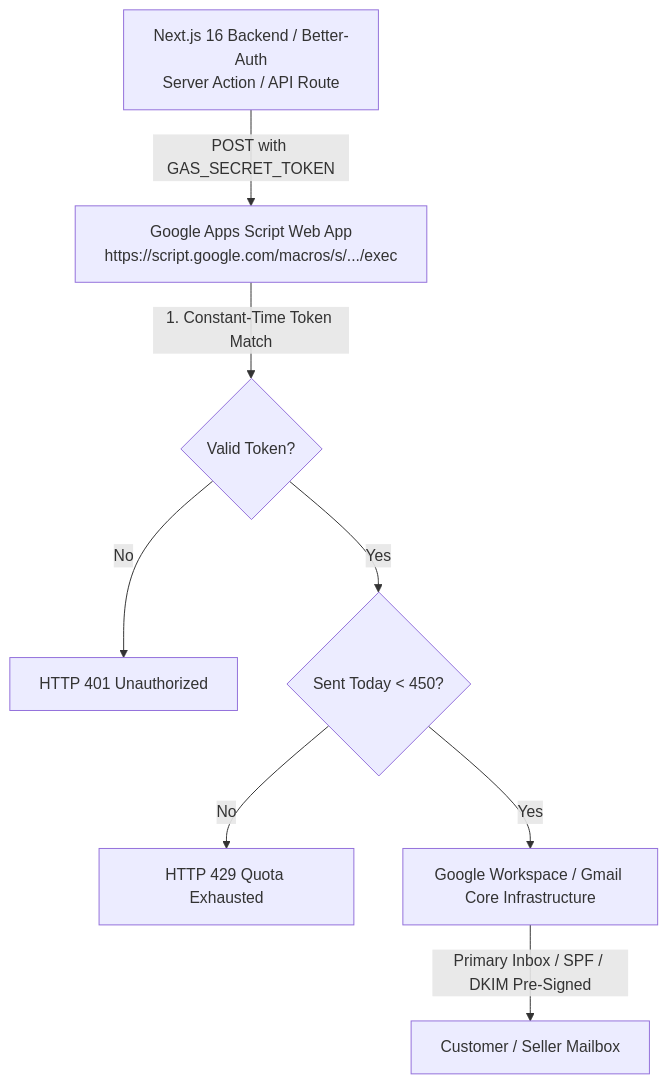
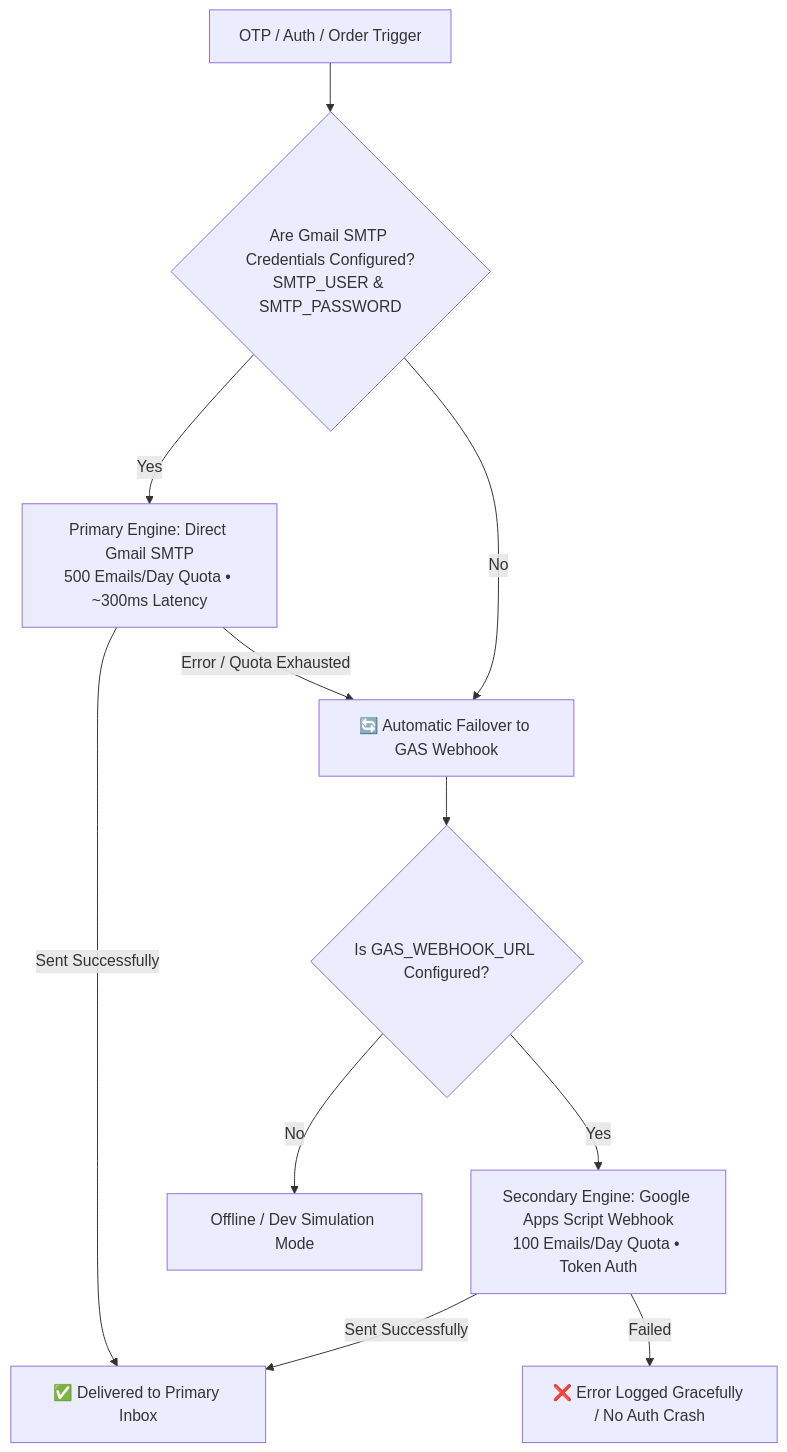
Before and after one commit to PrivMITLab/aalm-vastralay: the diagram in docs/GAS_MAILER.md, drawn with Mermaid. The commit also changed other lines of this file and 4 other files, not shown here.

Commit message:
feat(email): add dual hybrid gmail smtp and gas fallback engine

````diff
--- a/docs/GAS_MAILER.md
+++ b/docs/GAS_MAILER.md
@@ -12,10 +12,13 @@
 ```mermaid
 flowchart TD
-    NextApp[Next.js 16 Backend / Better-Auth\nServer Action / API Route] -->|POST with GAS_SECRET_TOKEN| GASWebhook[Google Apps Script Web App\nhttps://script.google.com/macros/s/.../exec]
-    GASWebhook -->|1. Constant-Time Token Match| AuthCheck{Valid Token?}
-    AuthCheck -- No --> Reject[HTTP 401 Unauthorized]
-    AuthCheck -- Yes --> QuotaCheck{Sent Today < 450?}
-    QuotaCheck -- No --> CircuitBreak[HTTP 429 Quota Exhausted]
-    QuotaCheck -- Yes --> GmailAPI[Google Workspace / Gmail Core Infrastructure]
-    GmailAPI -->|Primary Inbox / SPF / DKIM Pre-Signed| Buyer[Customer / Seller Mailbox]
+    Trigger[OTP / Auth / Order Trigger] --> CheckSMTP{Are Gmail SMTP Credentials Configured?\nSMTP_USER & SMTP_PASSWORD}
+    CheckSMTP -- Yes --> TrySMTP[Primary Engine: Direct Gmail SMTP\n500 Emails/Day Quota • ~300ms Latency]
+    TrySMTP -- Sent Successfully --> Success[✅ Delivered to Primary Inbox]
+    TrySMTP -- Error / Quota Exhausted --> FallbackGAS[🔄 Automatic Failover to GAS Webhook]
+    CheckSMTP -- No --> FallbackGAS
+    FallbackGAS --> CheckGAS{Is GAS_WEBHOOK_URL Configured?}
+    CheckGAS -- Yes --> TryGAS[Secondary Engine: Google Apps Script Webhook\n100 Emails/Day Quota • Token Auth]
+    TryGAS -- Sent Successfully --> Success
+    TryGAS -- Failed --> LogError[❌ Error Logged Gracefully / No Auth Crash]
+    CheckGAS -- No --> DevMock[Offline / Dev Simulation Mode]
 ```
````
